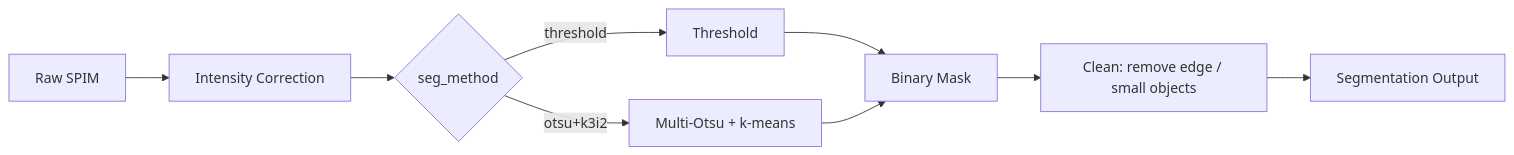
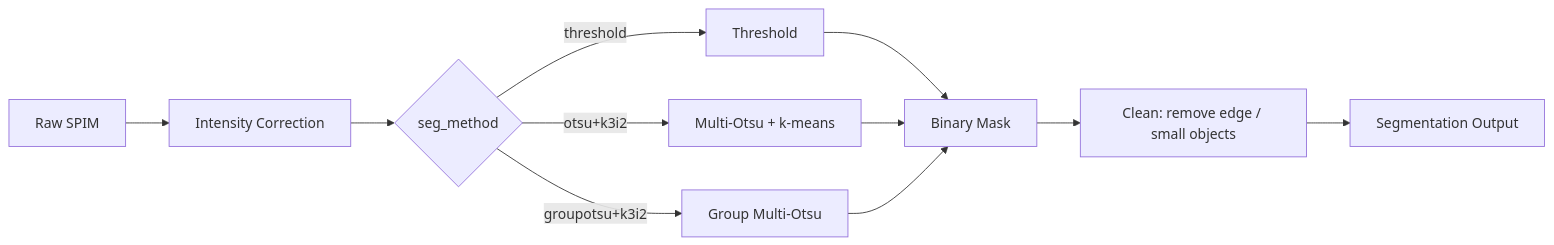
One commit to khanlab/SPIMquant changed the diagram in docs/howto/segmentation.md. Above: the diagram before and after it, drawn with Mermaid. The commit also changed other lines of this file and 6 other files, not shown here.

First line of the commit message:
Add group-level otsu thresholding (all_group_otsu target, group_otsu rule, multiotsu_group rule)"

````diff
--- a/docs/howto/segmentation.md
+++ b/docs/howto/segmentation.md
@@ -7,11 +7,13 @@
 ```mermaid
 flowchart LR
     A[Raw SPIM] --> B[Intensity Correction]
     B --> C{seg_method}
     C -->|threshold| D[Threshold]
     C -->|otsu+k3i2| E[Multi-Otsu + k-means]
-    D --> F[Binary Mask]
-    E --> F
-    F --> G[Clean: remove edge / small objects]
-    G --> H[Segmentation Output]
+    C -->|groupotsu+k3i2| F[Group Multi-Otsu]
+    D --> G[Binary Mask]
+    E --> G
+    F --> G
+    G --> H[Clean: remove edge / small objects]
+    H --> I[Segmentation Output]
 ```
````
